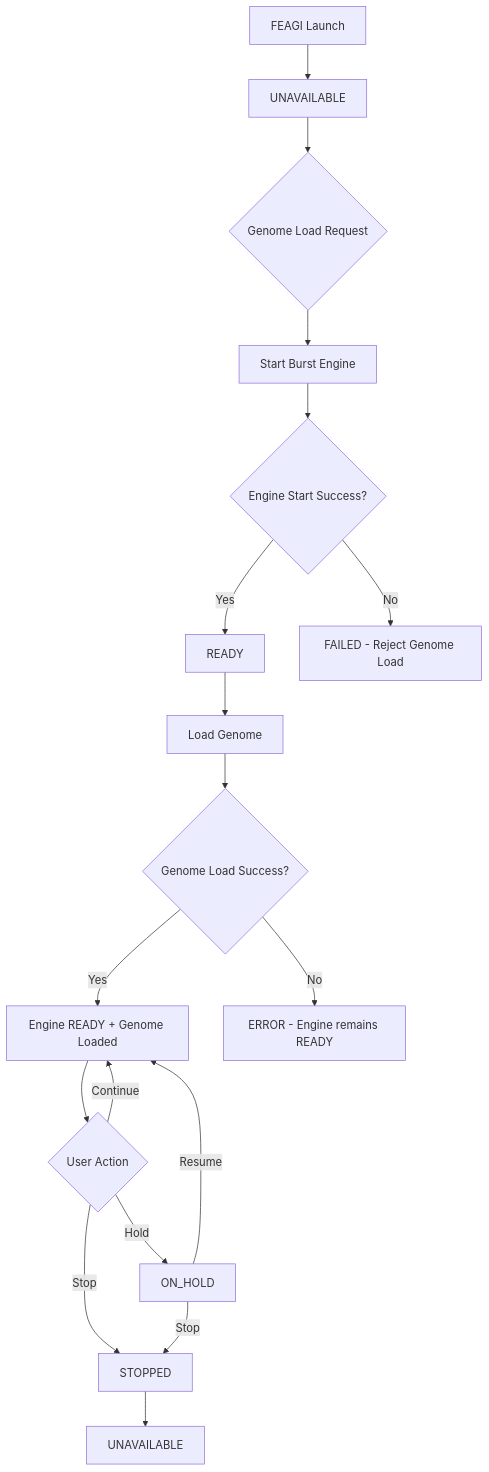
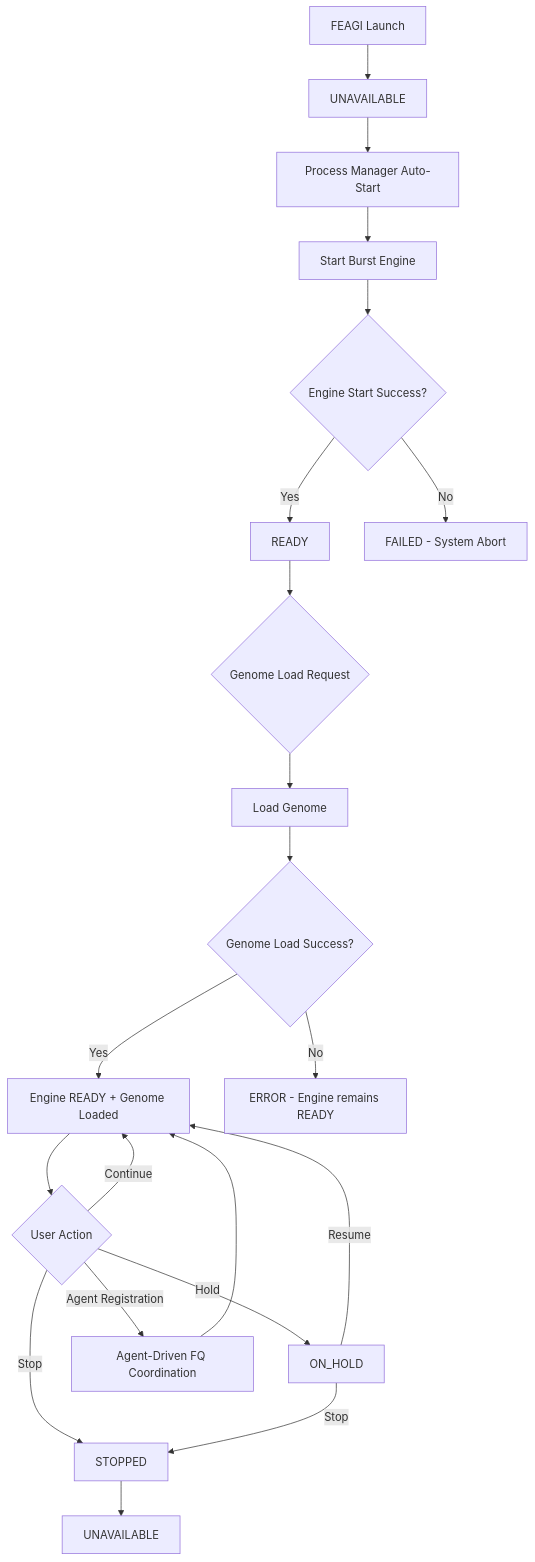
Before and after one commit to feagi/feagi: the diagram in docs/arch-burst-engine-lifecycle.md, drawn with Mermaid. The commit also changed other lines of this file and 5 other files, not shown here.

````diff
--- a/docs/arch-burst-engine-lifecycle.md
+++ b/docs/arch-burst-engine-lifecycle.md
@@ -51,20 +54,23 @@
 ```mermaid
 graph TD
     A[FEAGI Launch] --> B[UNAVAILABLE]
-    B --> C{Genome Load Request}
+    B --> C[Process Manager Auto-Start]
     C --> D[Start Burst Engine]
     D --> E{Engine Start Success?}
     E -->|Yes| F[READY]
-    E -->|No| G[FAILED - Reject Genome Load]
-    F --> H[Load Genome]
-    H --> I{Genome Load Success?}
-    I -->|Yes| J[Engine READY + Genome Loaded]
-    I -->|No| K[ERROR - Engine remains READY]
-    J --> L{User Action}
-    L -->|Hold| M[ON_HOLD]
-    L -->|Stop| N[STOPPED]
-    L -->|Continue| J
-    M -->|Resume| J
-    M -->|Stop| N
-    N --> O[UNAVAILABLE]
+    E -->|No| G[FAILED - System Abort]
+    F --> H{Genome Load Request}
+    H --> I[Load Genome]
+    I --> J{Genome Load Success?}
+    J -->|Yes| K[Engine READY + Genome Loaded]
+    J -->|No| L[ERROR - Engine remains READY]
+    K --> M{User Action}
+    M -->|Hold| N[ON_HOLD]
+    M -->|Stop| O[STOPPED]
+    M -->|Continue| K
+    M -->|Agent Registration| P[Agent-Driven FQ Coordination]
+    N -->|Resume| K
+    N -->|Stop| O
+    O --> Q[UNAVAILABLE]
+    P --> K
 ```
````
